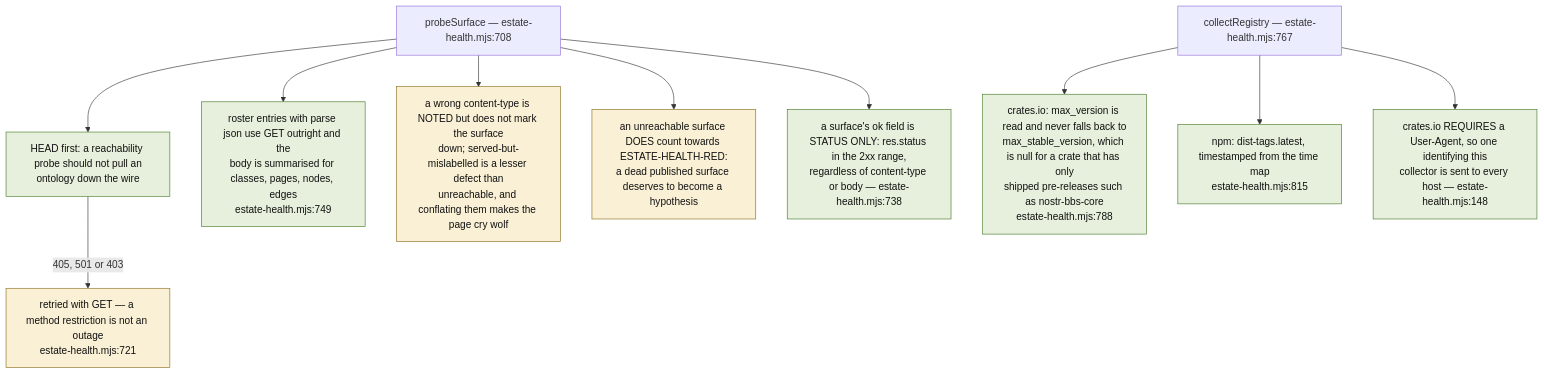
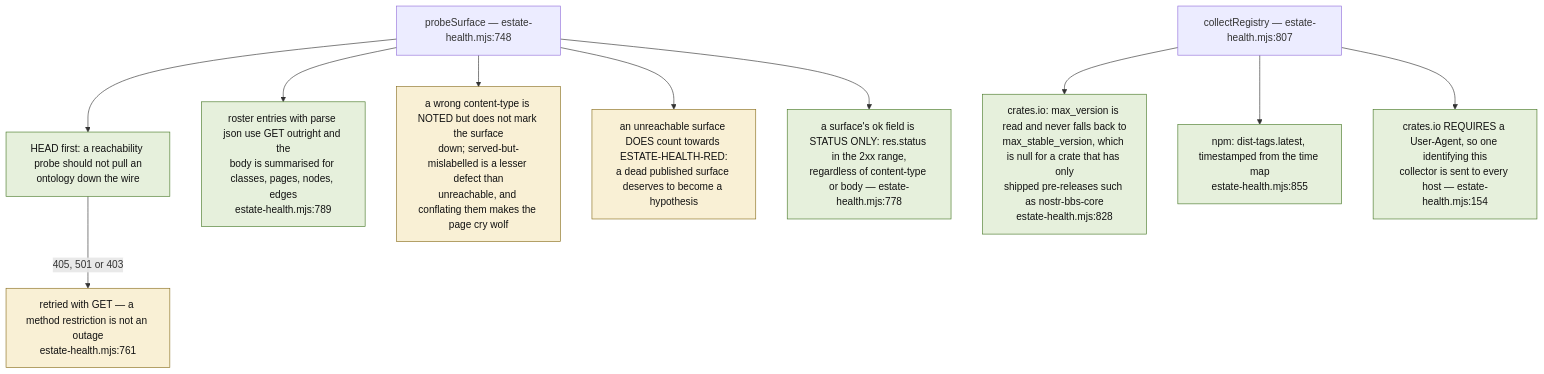
The seventh of 9 diagrams in docs/diagrams/visionflow/03-estate-health.md (DreamLab-AI/VisionFlow), drawn with Mermaid before and after one commit. The commit also changed other lines of this file and 49 other files, not shown here.

First line of the commit message:
docs(diagrams): re-derive and re-stamp VisionClaw, estate, knowledge-graph, visionGraph, VisionFlow and sidestr topics

````diff
--- a/docs/diagrams/visionflow/03-estate-health.md
+++ b/docs/diagrams/visionflow/03-estate-health.md
@@ -239,20 +242,20 @@
 ```mermaid
 flowchart TB
     classDef ok fill:#e6f0dc,stroke:#4a7a2a,color:#111
     classDef warn fill:#f9f0d5,stroke:#8a7020,color:#111
 
-    S["probeSurface — estate-health.mjs:708"]
+    S["probeSurface — estate-health.mjs:748"]
     S --> H["HEAD first: a reachability probe should not pull an<br/>ontology down the wire"]:::ok
-    H -->|"405, 501 or 403"| G["retried with GET — a method restriction is not an outage<br/>estate-health.mjs:721"]:::warn
-    S --> J["roster entries with parse json use GET outright and the<br/>body is summarised for classes, pages, nodes, edges<br/>estate-health.mjs:749"]:::ok
+    H -->|"405, 501 or 403"| G["retried with GET — a method restriction is not an outage<br/>estate-health.mjs:761"]:::warn
+    S --> J["roster entries with parse json use GET outright and the<br/>body is summarised for classes, pages, nodes, edges<br/>estate-health.mjs:789"]:::ok
     S --> CT["a wrong content-type is NOTED but does not mark the surface<br/>down; served-but-mislabelled is a lesser defect than<br/>unreachable, and conflating them makes the page cry wolf"]:::warn
     S --> DOWN["an unreachable surface DOES count towards ESTATE-HEALTH-RED:<br/>a dead published surface deserves to become a hypothesis"]:::warn
 
-    R["collectRegistry — estate-health.mjs:767"]
-    R --> CR["crates.io: max_version is read and never falls back to<br/>max_stable_version, which is null for a crate that has only<br/>shipped pre-releases such as nostr-bbs-core<br/>estate-health.mjs:788"]:::ok
-    R --> NP["npm: dist-tags.latest, timestamped from the time map<br/>estate-health.mjs:815"]:::ok
-    R --> UA["crates.io REQUIRES a User-Agent, so one identifying this<br/>collector is sent to every host — estate-health.mjs:148"]:::ok
+    R["collectRegistry — estate-health.mjs:807"]
+    R --> CR["crates.io: max_version is read and never falls back to<br/>max_stable_version, which is null for a crate that has only<br/>shipped pre-releases such as nostr-bbs-core<br/>estate-health.mjs:828"]:::ok
+    R --> NP["npm: dist-tags.latest, timestamped from the time map<br/>estate-health.mjs:855"]:::ok
+    R --> UA["crates.io REQUIRES a User-Agent, so one identifying this<br/>collector is sent to every host — estate-health.mjs:154"]:::ok
 
-    OKDEF["a surface's ok field is STATUS ONLY: res.status in the 2xx range,<br/>regardless of content-type or body — estate-health.mjs:738"]:::ok
+    OKDEF["a surface's ok field is STATUS ONLY: res.status in the 2xx range,<br/>regardless of content-type or body — estate-health.mjs:778"]:::ok
     S --> OKDEF
 ```
````
